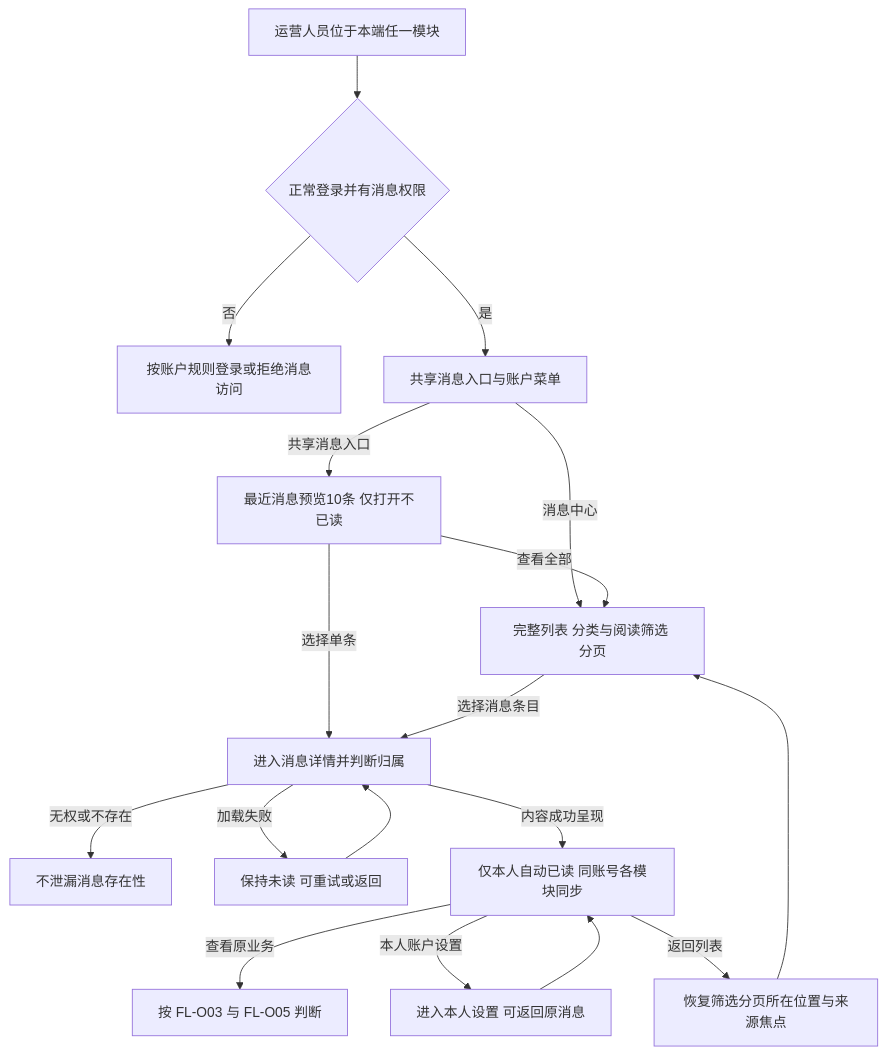
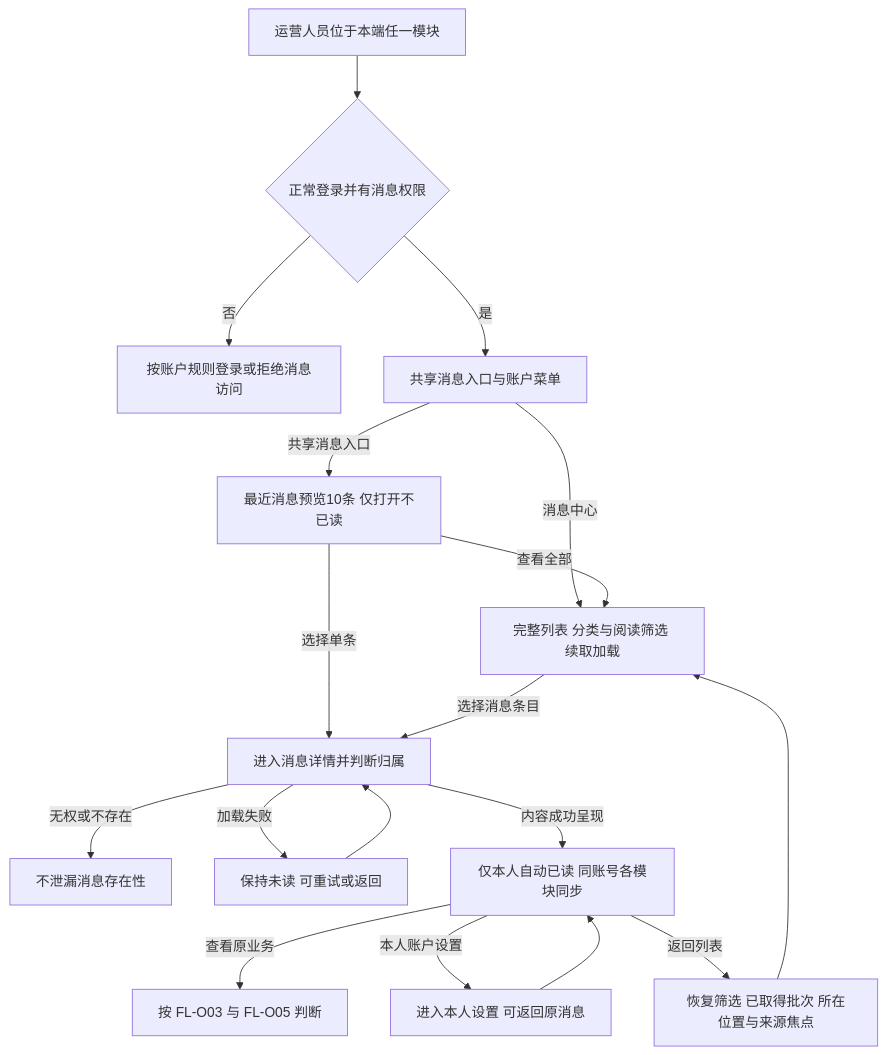
One commit to wxblockchain/Chain-Financing changed the first of 7 diagrams in lending-platform/PRD/v1.0-运营端消息通知/02-运营端消息通知-流程图与状态机.md. Above: the diagram before and after it, drawn with Mermaid. The commit also changed other lines of this file and 6 other files, not shown here.

````diff
--- a/lending-platform/PRD/v1.0-运营端消息通知/02-运营端消息通知-流程图与状态机.md
+++ b/lending-platform/PRD/v1.0-运营端消息通知/02-运营端消息通知-流程图与状态机.md
@@ -22,20 +22,20 @@
 ```mermaid
 flowchart TD
     A[运营人员位于本端任一模块] --> B{正常登录并有消息权限}
     B -->|否| X[按账户规则登录或拒绝消息访问]
     B -->|是| C[共享消息入口与账户菜单]
     C -->|共享消息入口| D[最近消息预览10条 仅打开不已读]
-    C -->|消息中心| E[完整列表 分类与阅读筛选 分页]
+    C -->|消息中心| E[完整列表 分类与阅读筛选 续取加载]
     D -->|查看全部| E
     D -->|选择单条| F[进入消息详情并判断归属]
     E -->|选择消息条目| F
     F -->|无权或不存在| N[不泄漏消息存在性]
     F -->|加载失败| R[保持未读 可重试或返回]
     R --> F
     F -->|内容成功呈现| G[仅本人自动已读 同账号各模块同步]
     G -->|查看原业务| H[按 FL-O03 与 FL-O05 判断]
     G -->|本人账户设置| I[进入本人设置 可返回原消息]
     I --> G
-    G -->|返回列表| J[恢复筛选分页所在位置与来源焦点]
+    G -->|返回列表| J[恢复筛选 已取得批次 所在位置与来源焦点]
     J --> E
 ```
````
